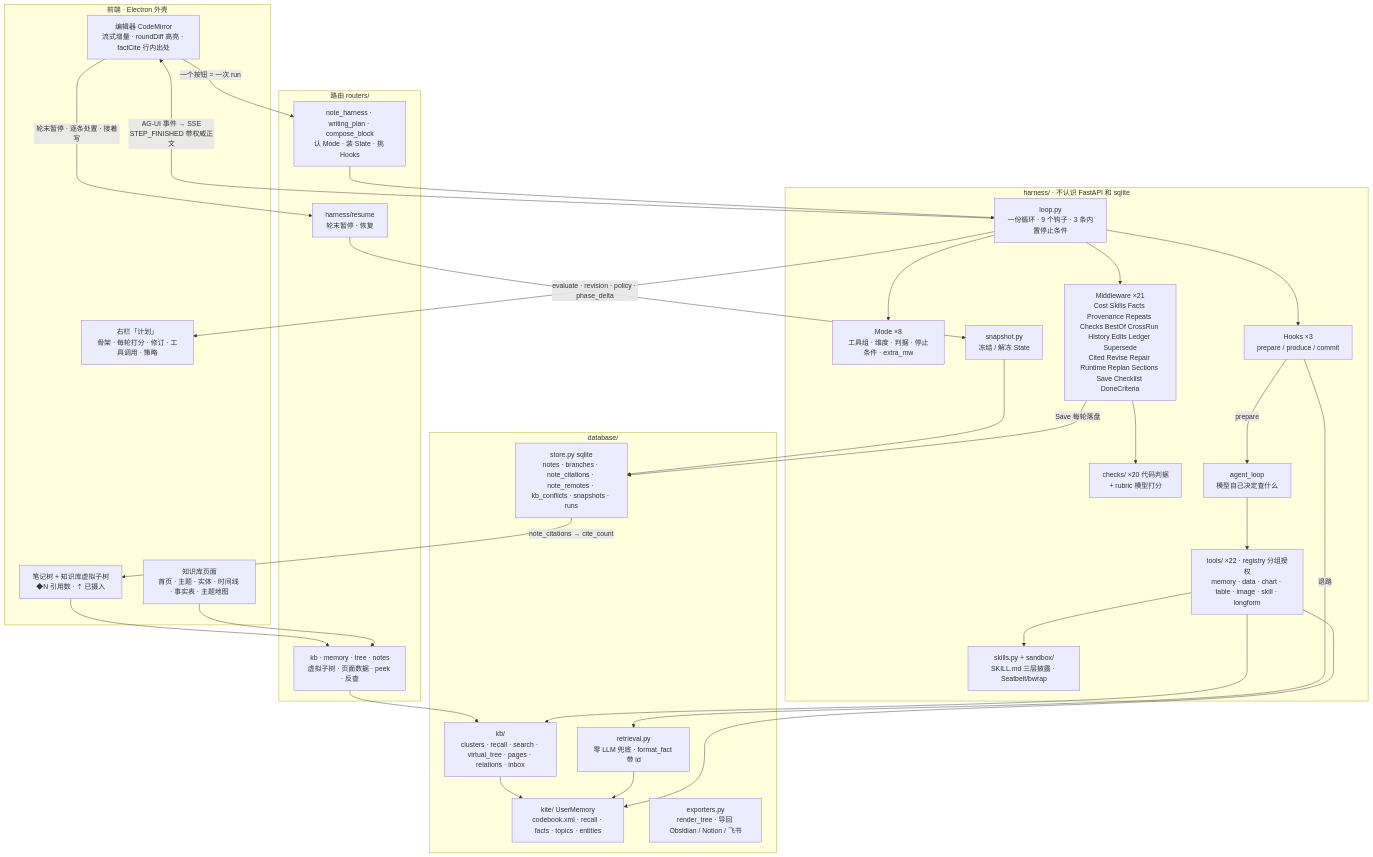
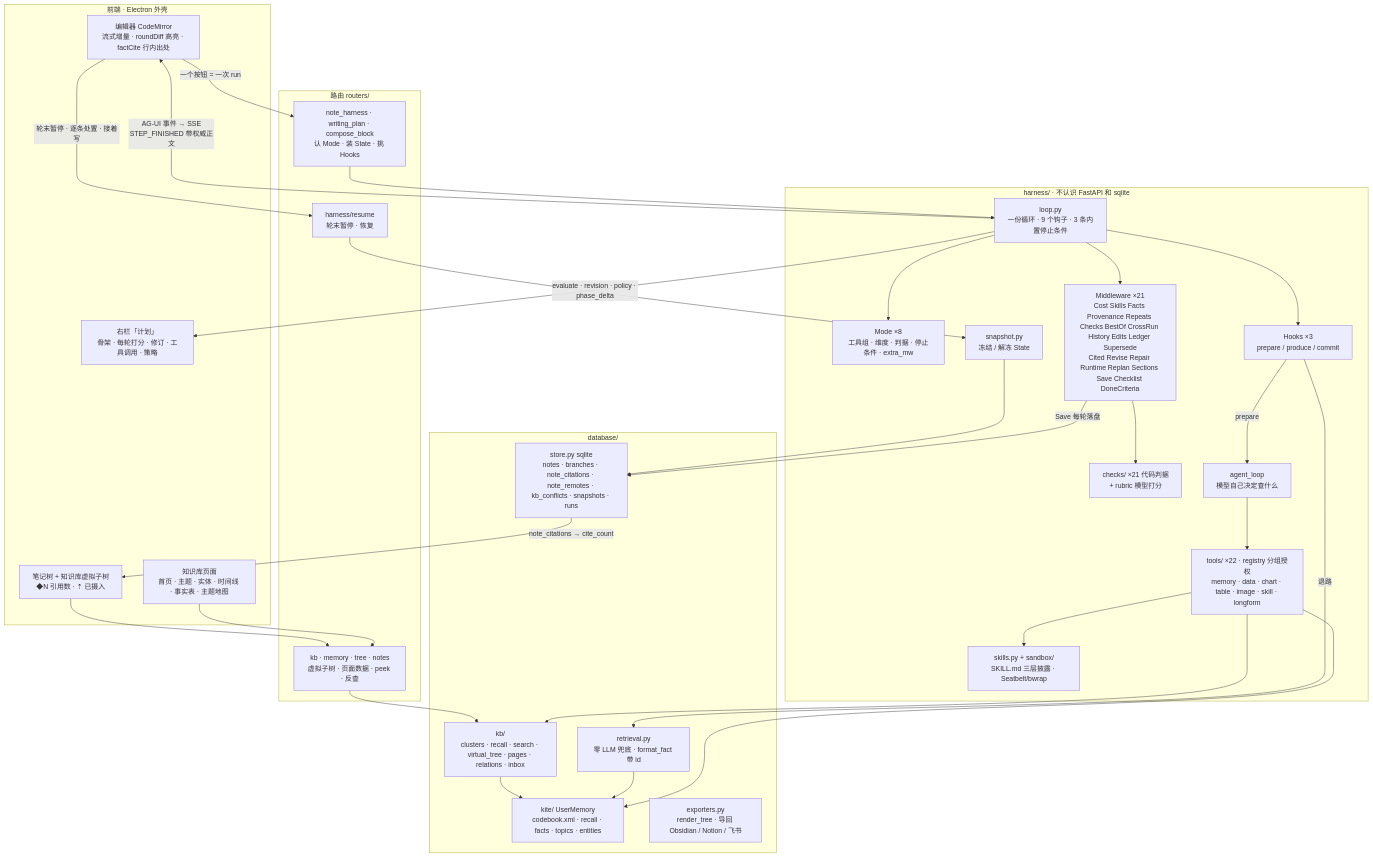
One commit to huilongbaba/MEMOKET_NOTE changed the diagram in docs/harness-framework.md. Above: the diagram before and after it, drawn with Mermaid. The commit also changed other lines of this file and 20 other files, not shown here.

````diff
--- a/docs/harness-framework.md
+++ b/docs/harness-framework.md
@@ -41,60 +41,60 @@
 ```mermaid
 flowchart TB
   subgraph UI["前端 · Electron 外壳"]
     ED["编辑器 CodeMirror<br/>流式增量 · roundDiff 高亮 · factCite 行内出处"]
     PLAN["右栏「计划」<br/>骨架 · 每轮打分 · 修订 · 工具调用 · 策略"]
     TREE["笔记树 + 知识库虚拟子树<br/>◆N 引用数 · ⇡ 已摄入"]
     KBP["知识库页面<br/>首页 · 主题 · 实体 · 时间线 · 事实表 · 主题地图"]
   end
 
   subgraph API["路由 routers/"]
     NH["note_harness · writing_plan · compose_block<br/>认 Mode · 装 State · 挑 Hooks"]
     RS["harness/resume<br/>轮末暂停 · 恢复"]
     KBR["kb · memory · tree · notes<br/>虚拟子树 · 页面数据 · peek · 反查"]
   end
 
   subgraph H["harness/ · 不认识 FastAPI 和 sqlite"]
     LOOP["loop.py<br/>一份循环 · 9 个钩子 · 3 条内置停止条件"]
     MODE["Mode ×8<br/>工具组 · 维度 · 判据 · 停止条件 · extra_mw"]
     HOOKS["Hooks ×3<br/>prepare / produce / commit"]
     MW["Middleware ×21<br/>Cost Skills Facts Provenance Repeats Checks BestOf CrossRun History Edits Ledger Supersede<br/>Cited Revise Repair Runtime Replan Sections Save Checklist DoneCriteria"]
-    CHK["checks/ ×20 代码判据<br/>+ rubric 模型打分"]
+    CHK["checks/ ×21 代码判据<br/>+ rubric 模型打分"]
     TOOLS["tools/ ×22 · registry 分组授权<br/>memory · data · chart · table · image · skill · longform"]
     AL["agent_loop<br/>模型自己决定查什么"]
     SK["skills.py + sandbox/<br/>SKILL.md 三层披露 · Seatbelt/bwrap"]
     SNAP["snapshot.py<br/>冻结 / 解冻 State"]
   end
 
   subgraph DB["database/"]
     STORE["store.py sqlite<br/>notes · branches · note_citations · note_remotes · kb_conflicts · snapshots · runs"]
     KITE["kite/ UserMemory<br/>codebook.xml · recall · facts · topics · entities"]
     KB["kb/<br/>clusters · recall · search · virtual_tree · pages · relations · inbox"]
     EXP["exporters.py<br/>render_tree · 导回 Obsidian / Notion / 飞书"]
     RET["retrieval.py<br/>零 LLM 兜底 · format_fact 带 id"]
   end
 
   ED -- "一个按钮 = 一次 run" --> NH
   NH --> LOOP
   LOOP --> MODE
   LOOP --> HOOKS
   LOOP --> MW
   MW --> CHK
   HOOKS -- prepare --> AL
   AL --> TOOLS
   TOOLS --> KITE
   TOOLS --> KB
   TOOLS --> SK
   HOOKS -- 退路 --> RET
   RET --> KITE
   MW -- Save 每轮落盘 --> STORE
   SNAP --> STORE
   RS --> SNAP
   LOOP -- "AG-UI 事件 → SSE<br/>STEP_FINISHED 带权威正文" --> ED
   LOOP -- "evaluate · revision · policy · phase_delta" --> PLAN
   STORE -- "note_citations → cite_count" --> TREE
   KBR --> KB
   KB --> KITE
   KBP --> KBR
   TREE --> KBR
   ED -- "轮末暂停 · 逐条处置 · 接着写" --> RS
 ```
````
